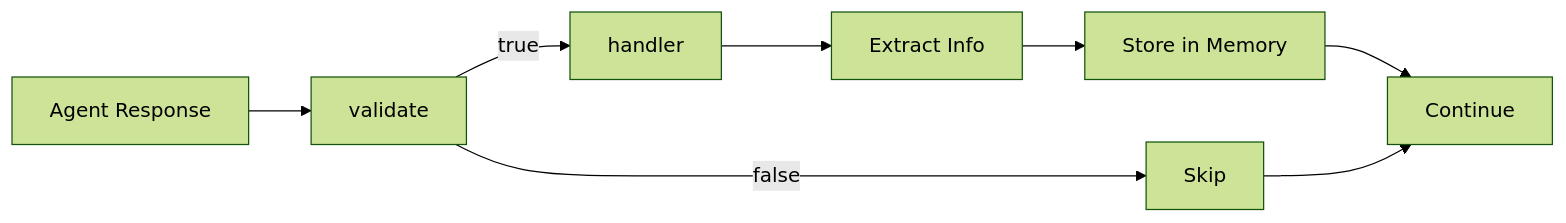
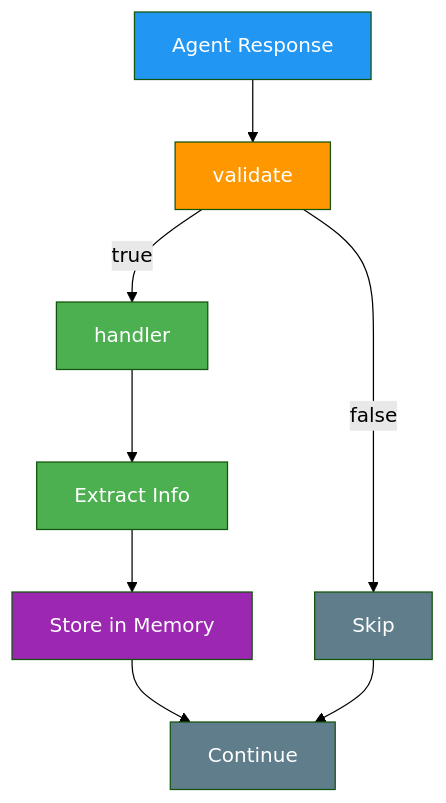
The diagram in plugins/components.mdx (elizaOS/docs), drawn with Mermaid (forest theme) before and after one commit. The commit also changed 10 other files, not shown here.

Commit message:
improve mermaids

````diff
--- a/plugins/components.mdx
+++ b/plugins/components.mdx
@@ -304,10 +304,22 @@
 ```mermaid
-graph LR
+flowchart TD
     Response[Agent Response] --> Validate[validate]
     Validate -->|true| Handler[handler]
     Validate -->|false| Skip[Skip]
     Handler --> Extract[Extract Info]
     Extract --> Store[Store in Memory]
     Store --> Continue[Continue]
     Skip --> Continue
+    
+    classDef input fill:#2196f3,color:#fff
+    classDef decision fill:#ff9800,color:#fff
+    classDef processing fill:#4caf50,color:#fff
+    classDef storage fill:#9c27b0,color:#fff
+    classDef result fill:#607d8b,color:#fff
+    
+    class Response input
+    class Validate decision
+    class Handler,Extract processing
+    class Store storage
+    class Skip,Continue result
 ```
````
